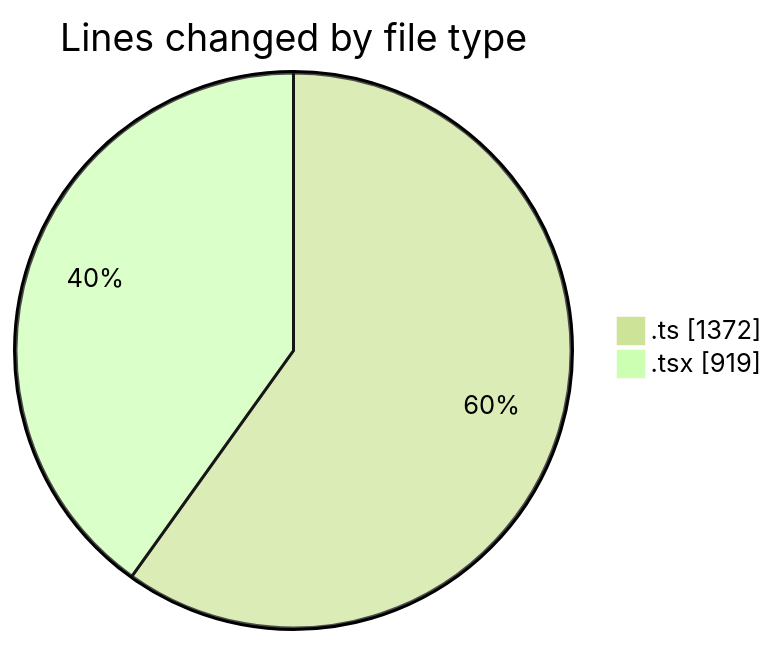
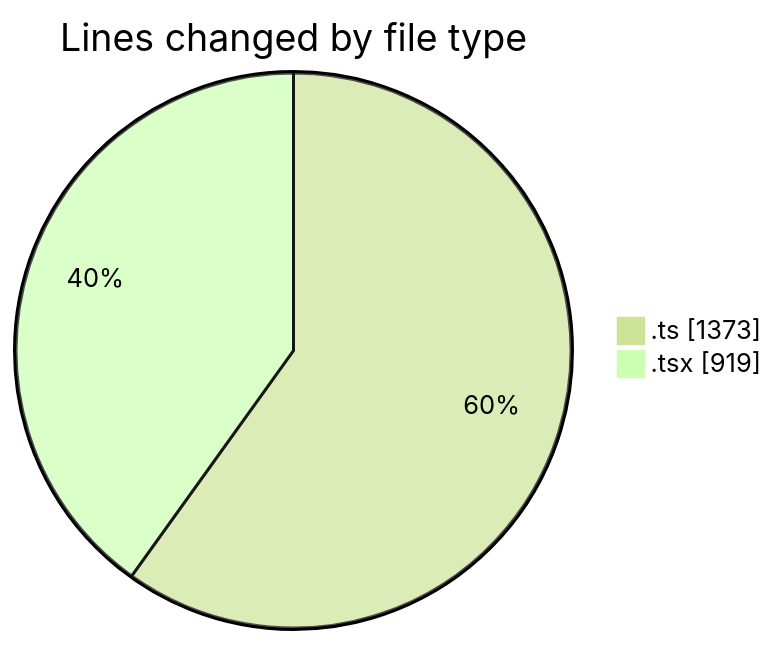
Before and after one commit to julien-gomy/code-tracking: the first of 2 diagrams in 2025-10-23/eventscop-frontend-guide__workspace_/README.md, drawn with Mermaid (forest theme). The commit also changed other lines of this file and 1 other file, not shown here.

````diff
--- a/2025-10-23/eventscop-frontend-guide__workspace_/README.md
+++ b/2025-10-23/eventscop-frontend-guide__workspace_/README.md
@@ -29,6 +29,6 @@
 ```mermaid
 pie showData
 title Lines changed by file type
-".ts" : 1372
+".ts" : 1373
 ".tsx" : 919
 ```
````
